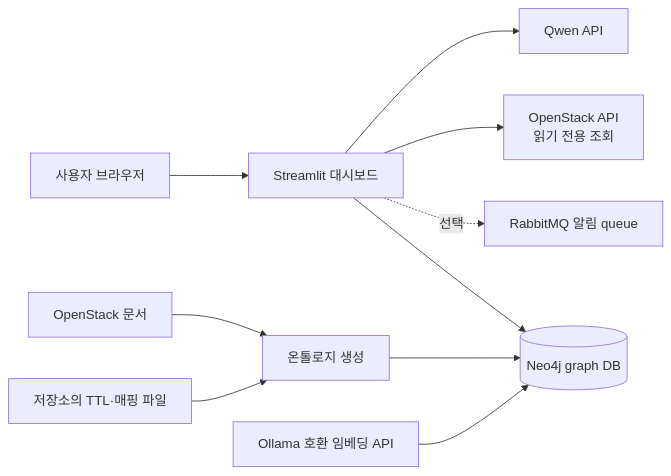
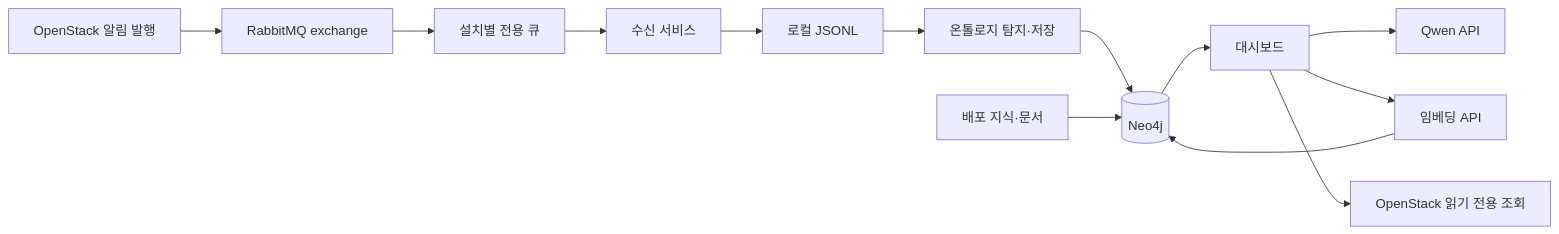
Before and after one commit to iii494860-create/project: the diagram in README.md, drawn with Mermaid. The commit also changed other lines of this file and 48 other files, not shown here.

````diff
--- a/README.md
+++ b/README.md
@@ -9,12 +65,15 @@
 ```mermaid
 flowchart LR
-  Browser[사용자 브라우저] --> Dashboard[Streamlit 대시보드]
-  Dashboard --> Qwen[Qwen API]
-  Dashboard --> OpenStack[OpenStack API<br/>읽기 전용 조회]
-  Dashboard -. 선택 .-> Rabbit[RabbitMQ 알림 queue]
-  Docs[OpenStack 문서] --> Builder[온톨로지 생성]
-  Schema[저장소의 TTL·매핑 파일] --> Builder
-  Builder --> Neo4j[(Neo4j graph DB)]
-  Embed[Ollama 호환 임베딩 API] --> Neo4j
-  Dashboard --> Neo4j
+  OS[OpenStack 알림 발행] --> MQ[RabbitMQ exchange]
+  MQ --> Queue[설치별 전용 큐]
+  Queue --> Consumer[수신 서비스]
+  Consumer --> Log[로컬 JSONL]
+  Log --> Engine[온톨로지 탐지·저장]
+  Engine --> DB[(Neo4j)]
+  Knowledge[배포 지식·문서] --> DB
+  Embedding[임베딩 API] --> DB
+  DB --> UI[대시보드]
+  UI --> Qwen[Qwen API]
+  UI --> Embedding
+  UI --> OpenStackAPI[OpenStack 읽기 전용 조회]
 ```
````
